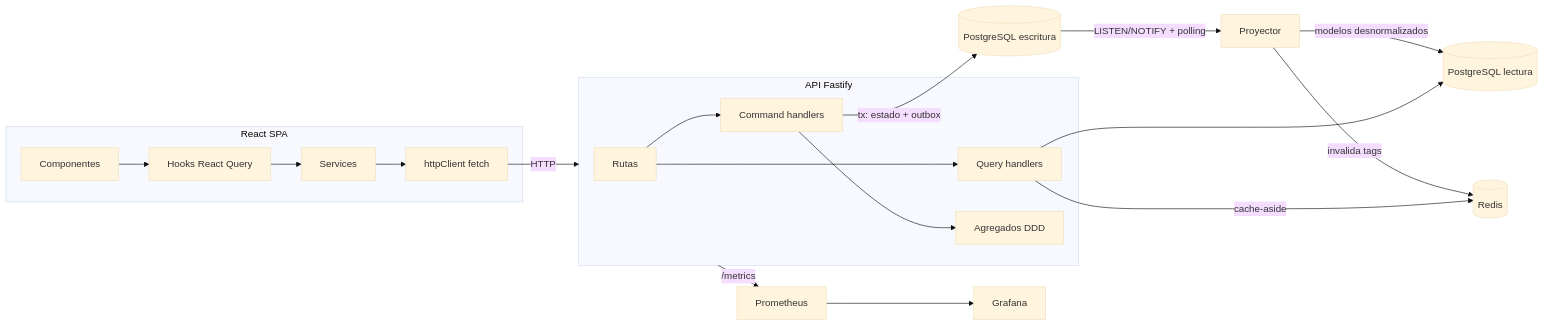
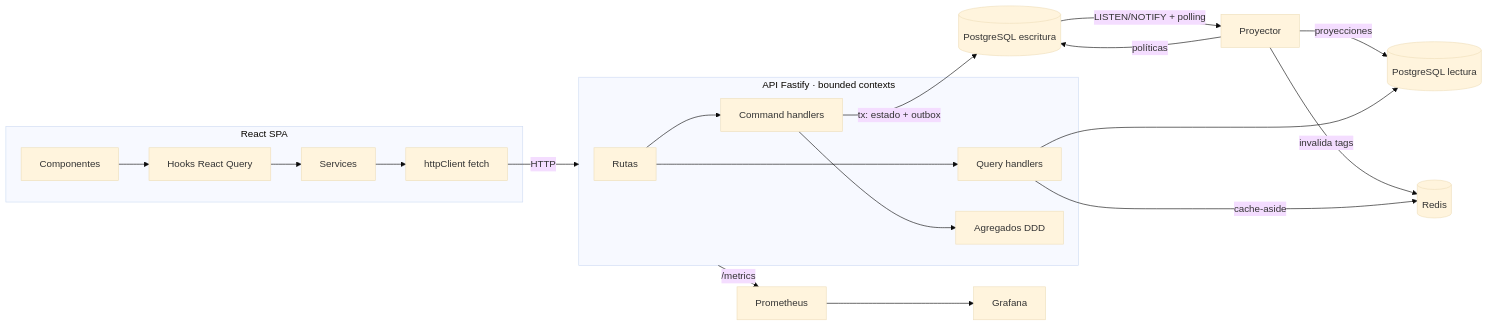
Before and after one commit to ignacioEDiaz/radian-store: the diagram in README.md, drawn with Mermaid (base theme). The commit also changed other lines of this file and 9 other files, not shown here.

````diff
--- a/README.md
+++ b/README.md
@@ -16,19 +36,20 @@
 ```mermaid
 flowchart LR
   subgraph Web[React SPA]
     C[Componentes] --> H[Hooks React Query] --> S[Services] --> HC[httpClient fetch]
   end
   HC -->|HTTP| API
-  subgraph API[API Fastify]
-    R[Rutas] --> CB[Command handlers]
-    R --> QB[Query handlers]
-    CB --> AGG[Agregados DDD]
+  subgraph API[API Fastify · bounded contexts]
+    R[Rutas] --> CMD[Command handlers]
+    R --> QRY[Query handlers]
+    CMD --> AGG[Agregados DDD]
   end
-  CB -->|tx: estado + outbox| WDB[(PostgreSQL escritura)]
+  CMD -->|tx: estado + outbox| WDB[(PostgreSQL escritura)]
   WDB -->|LISTEN/NOTIFY + polling| P[Proyector]
-  P -->|modelos desnormalizados| RDB[(PostgreSQL lectura)]
+  P -->|proyecciones| RDB[(PostgreSQL lectura)]
+  P -->|políticas| WDB
   P -->|invalida tags| REDIS[(Redis)]
-  QB -->|cache-aside| REDIS
-  QB --> RDB
+  QRY -->|cache-aside| REDIS
+  QRY --> RDB
   API -->|/metrics| PROM[Prometheus] --> GRAF[Grafana]
 ```
````
